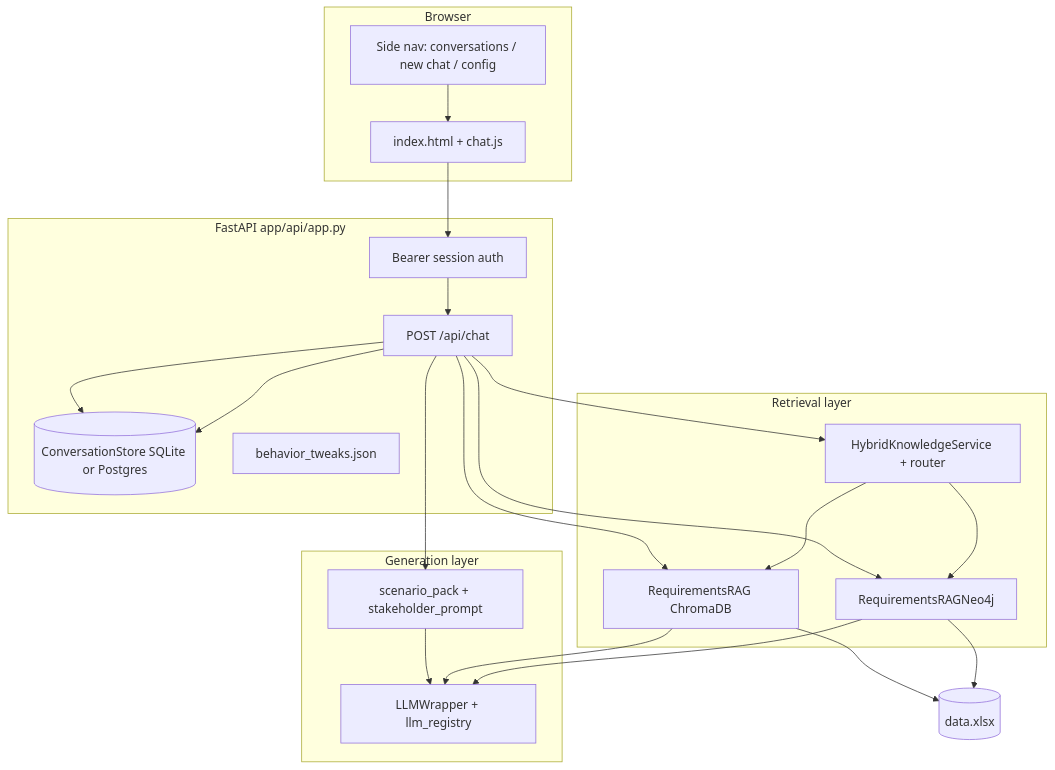
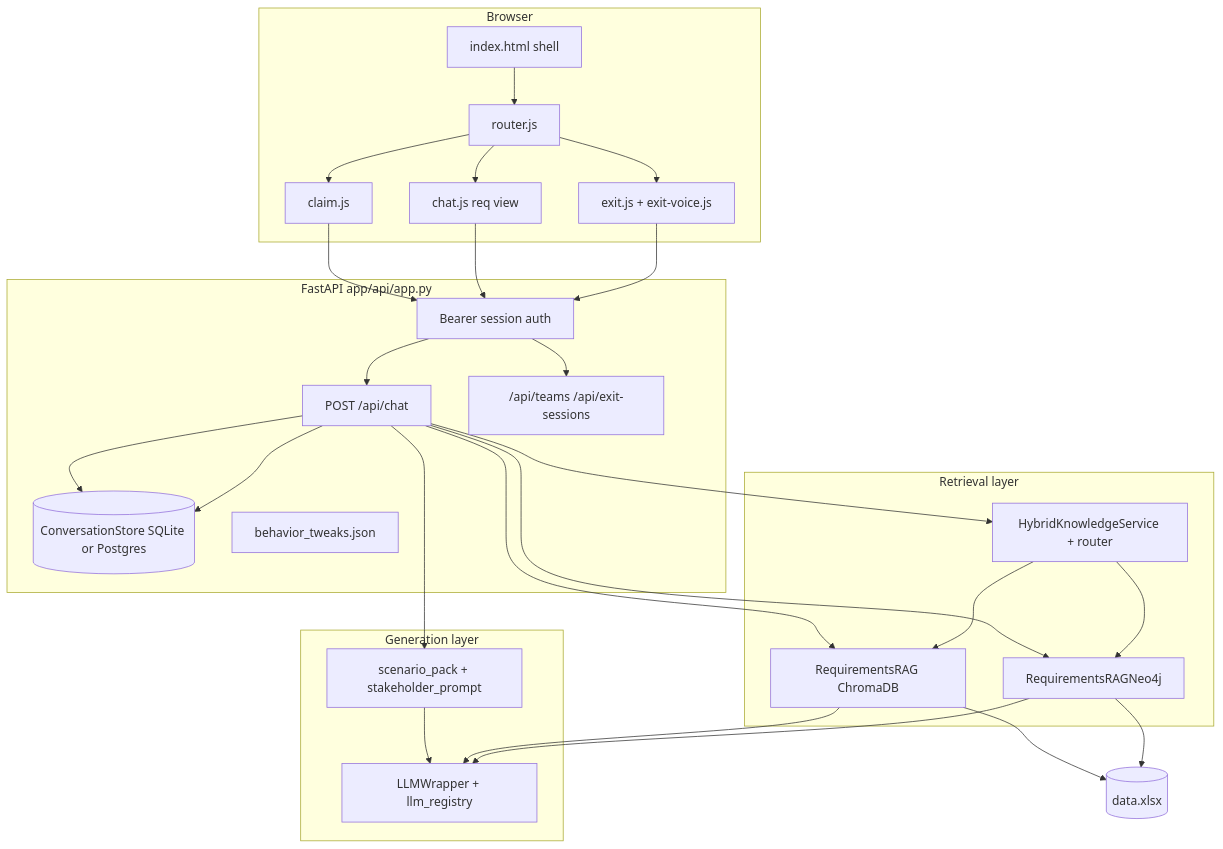
The diagram in README.md (Snickdx/sellm), drawn with Mermaid before and after one commit. The commit also changed other lines of this file and 31 other files, not shown here.

````diff
--- a/README.md
+++ b/README.md
@@ -181,44 +184,54 @@
 ```mermaid
 flowchart TB
   subgraph client [Browser]
-    UI[index.html + chat.js]
-    Nav[Side nav: conversations / new chat / config]
+    Shell[index.html shell]
+    Router[router.js]
+    Claim[claim.js]
+    ChatUI[chat.js req view]
+    ExitUI[exit.js + exit-voice.js]
   end
 
   subgraph api [FastAPI app/api/app.py]
     Auth[Bearer session auth]
     Chat[POST /api/chat]
+    ExitAPI["/api/teams /api/exit-sessions"]
     Store[(ConversationStore SQLite or Postgres)]
     Tweaks[behavior_tweaks.json]
   end
 
   subgraph retrieval [Retrieval layer]
     Vector[RequirementsRAG ChromaDB]
     Graph[RequirementsRAGNeo4j]
     Hybrid[HybridKnowledgeService + router]
   end
 
   subgraph generation [Generation layer]
     Scenario[scenario_pack + stakeholder_prompt]
     LLM[LLMWrapper + llm_registry]
   end
 
   KB[(data.xlsx)]
 
-  UI --> Auth
-  Nav --> UI
+  Shell --> Router
+  Router --> Claim
+  Router --> ChatUI
+  Router --> ExitUI
+  Claim --> Auth
+  ChatUI --> Auth
+  ExitUI --> Auth
   Auth --> Chat
+  Auth --> ExitAPI
   Chat --> Store
   Chat --> Hybrid
   Chat --> Vector
   Chat --> Graph
   Hybrid --> Vector
   Hybrid --> Graph
   Vector --> KB
   Graph --> KB
   Chat --> Scenario
   Scenario --> LLM
   Vector --> LLM
   Graph --> LLM
   Chat --> Store
 ```
````
